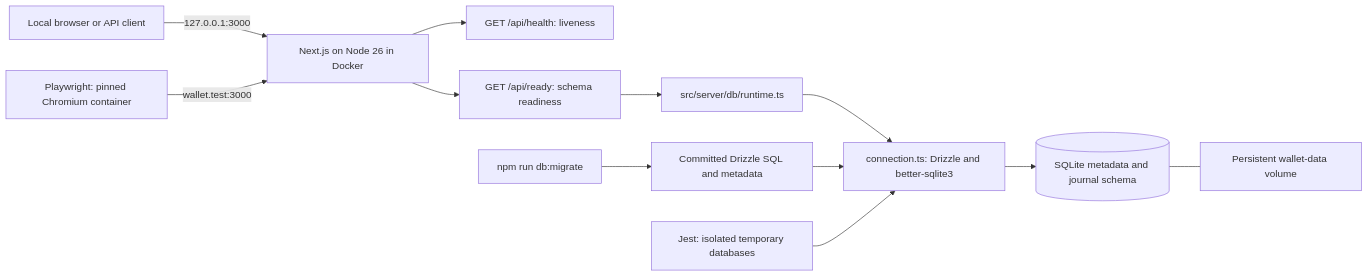
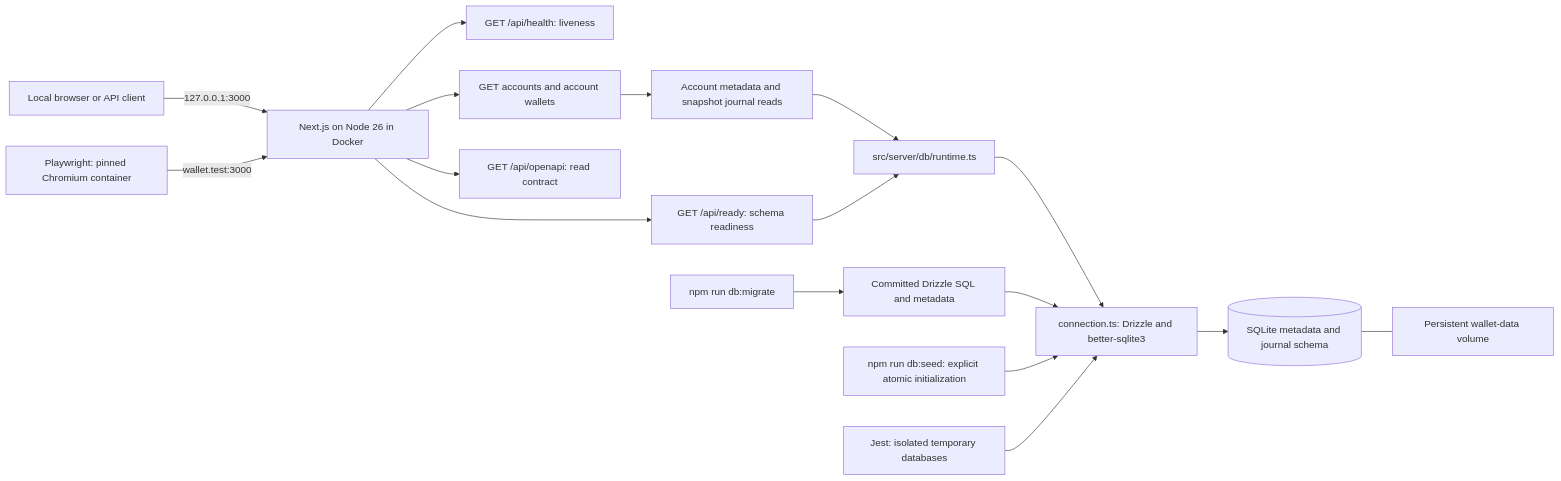
One commit to ahmadhafizh16/cocowallet changed the first of 9 diagrams in artifact/DIAGRAMS.md. Above: the diagram before and after it, drawn with Mermaid. The commit also changed other lines of this file and 19 other files, not shown here.

Commit message:
docs(backend): record connected account read milestone

````diff
--- a/artifact/DIAGRAMS.md
+++ b/artifact/DIAGRAMS.md
@@ -7,14 +7,19 @@
 ```mermaid
 flowchart LR
     Local[Local browser or API client] -->|127.0.0.1:3000| Next[Next.js on Node 26 in Docker]
     Next --> Health[GET /api/health: liveness]
     Next --> Ready[GET /api/ready: schema readiness]
+    Next --> Reads[GET accounts and account wallets]
+    Next --> Spec[GET /api/openapi: read contract]
+    Reads --> Services[Account metadata and snapshot journal reads]
+    Services --> Runtime
     Ready --> Runtime[src/server/db/runtime.ts]
     Runtime --> Connection[connection.ts: Drizzle and better-sqlite3]
     CLI[npm run db:migrate] --> Migrations[Committed Drizzle SQL and metadata]
     Migrations --> Connection
+    Seed[npm run db:seed: explicit atomic initialization] --> Connection
     Connection --> SQLite[(SQLite metadata and journal schema)]
     SQLite --- Volume[Persistent wallet-data volume]
     Jest[Jest: isolated temporary databases] --> Connection
     Browser[Playwright: pinned Chromium container] -->|wallet.test:3000| Next
 ```
````
